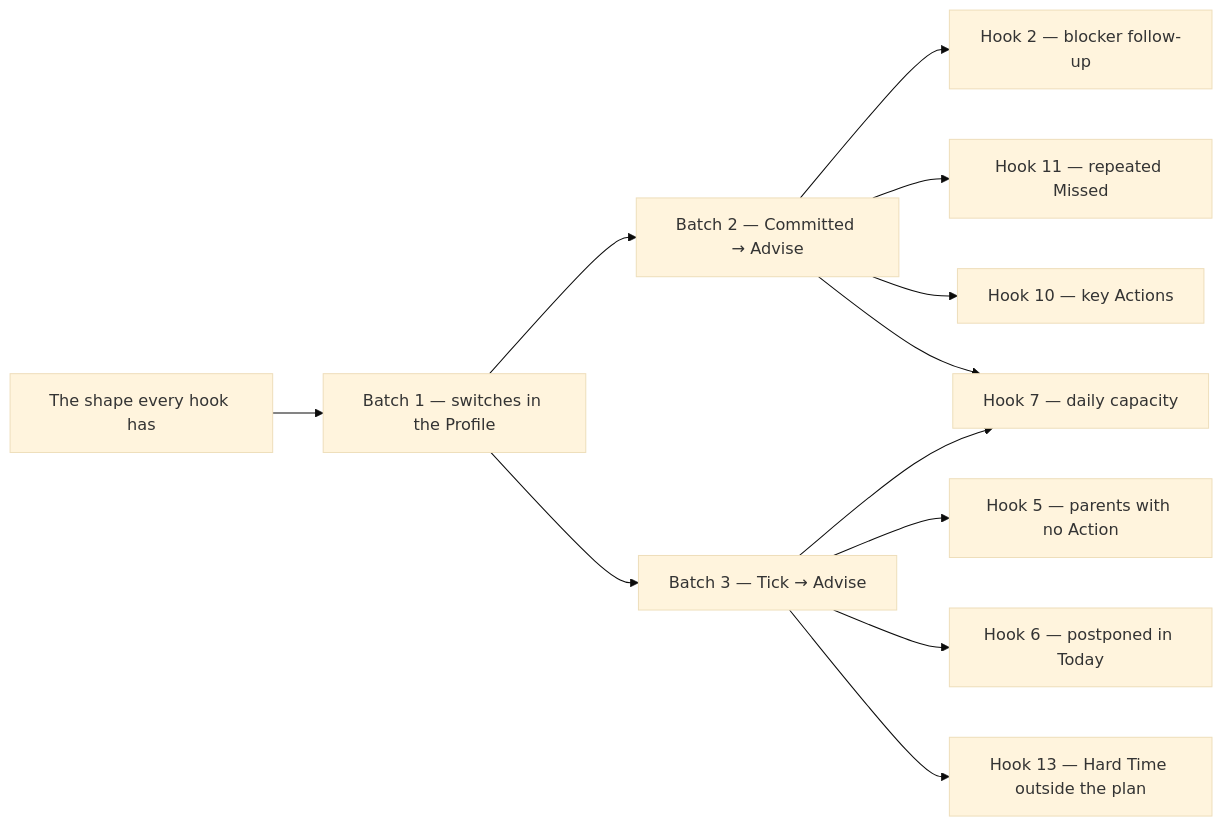
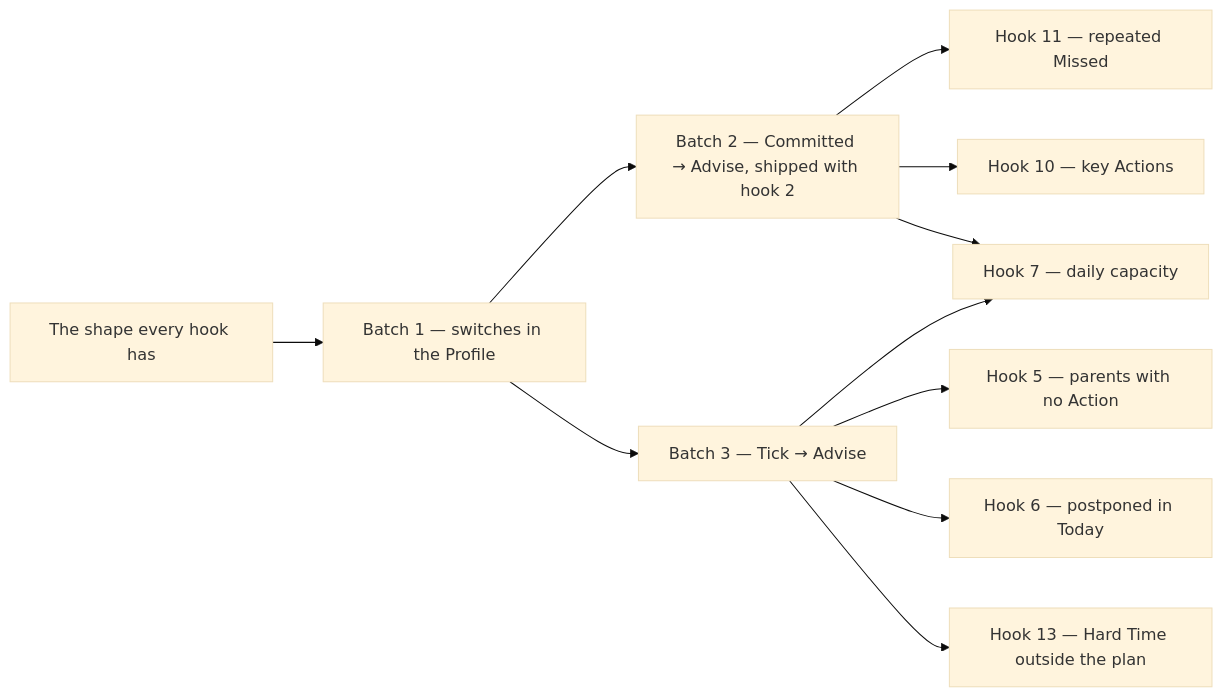
Before and after one commit to myvaheed/tg-ai-safwa: the diagram in docs/PLAN_FEATURES.md, drawn with Mermaid (base theme). The commit also changed other lines of this file and 32 other files, not shown here.

````diff
--- a/docs/PLAN_FEATURES.md
+++ b/docs/PLAN_FEATURES.md
@@ -177,17 +180,16 @@
 ```mermaid
 flowchart LR
   h5["Hook 5 — parents with no Action"]
   h7["Hook 7 — daily capacity"]
   h10["Hook 10 — key Actions"]
   shape["The shape every hook has"] --> profile["Batch 1 — switches in the Profile"]
-  profile --> committed["Batch 2 — Committed → Advise"]
+  profile --> committed["Batch 2 — Committed → Advise, shipped with hook 2"]
   profile --> tick["Batch 3 — Tick → Advise"]
-  committed --> h2["Hook 2 — blocker follow-up"]
   committed --> h11["Hook 11 — repeated Missed"]
   committed --> h10
   committed --> h7
   tick --> h5
   tick --> h6["Hook 6 — postponed in Today"]
   tick --> h7
   tick --> h13["Hook 13 — Hard Time outside the plan"]
 ```
````
